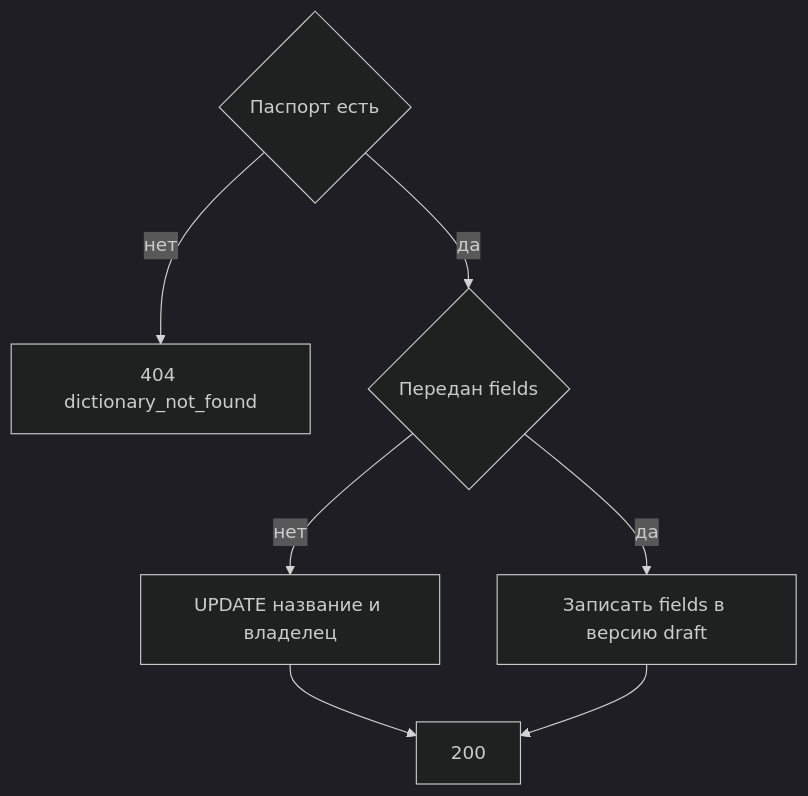
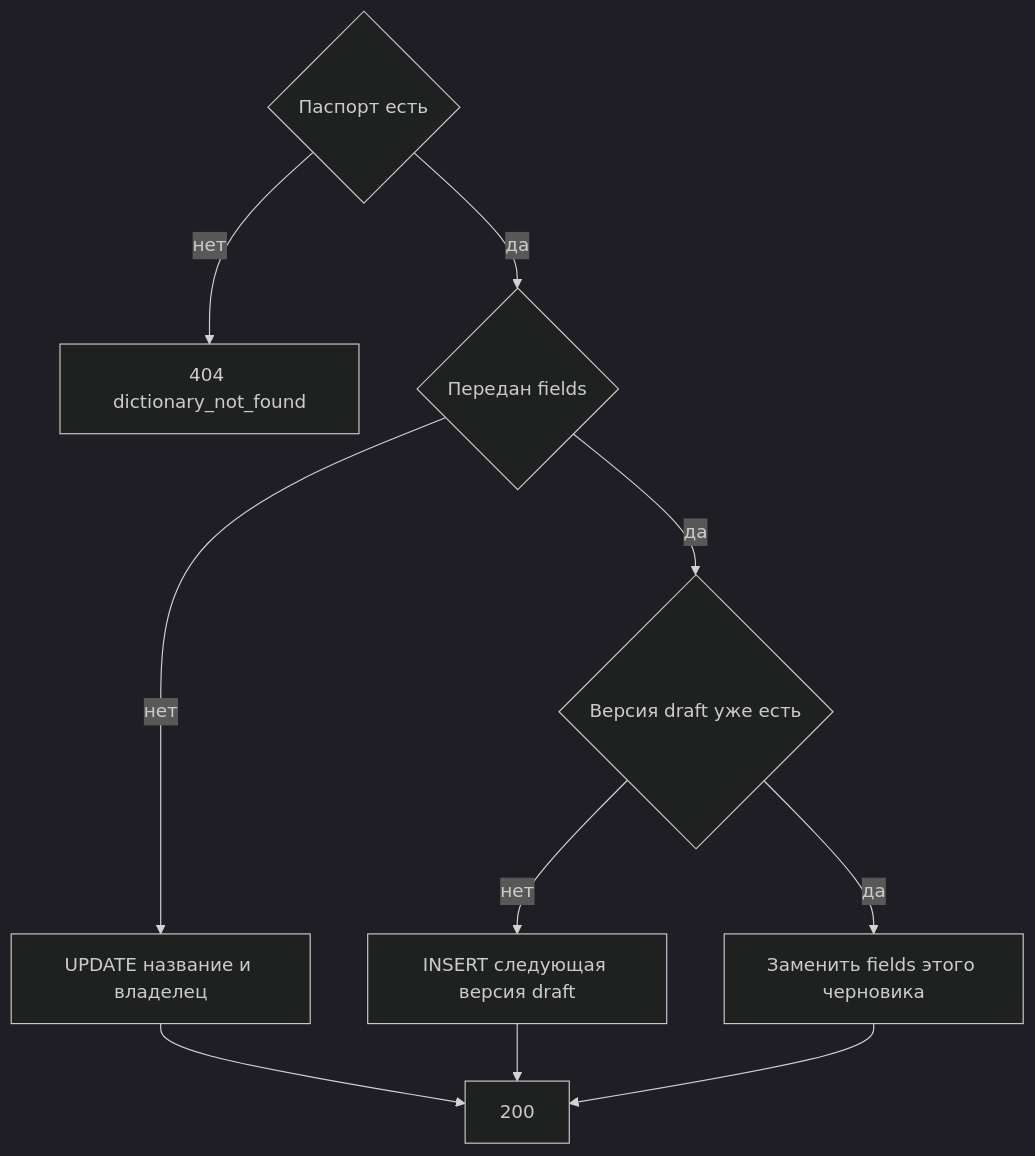
One commit to StrannikE95/reference_data changed the diagram in docs/1. functional/specification/v2 - 1 таблица/api/management.api/MetadataController/patch_dictionary.md. Above: the diagram before and after it, drawn with Mermaid (dark theme). The commit also changed other lines of this file and 3 other files, not shown here.

````diff
--- a/docs/1. functional/specification/v2 - 1 таблица/api/management.api/MetadataController/patch_dictionary.md
+++ b/docs/1. functional/specification/v2 - 1 таблица/api/management.api/MetadataController/patch_dictionary.md
@@ -93,9 +93,12 @@
 ```mermaid
 flowchart TD
   found{"Паспорт есть"} -->|нет| miss["404 dictionary_not_found"]
   found -->|да| cols{"Передан fields"}
   cols -->|нет| save["UPDATE название и владелец"]
-  cols -->|да| draft["Записать fields в версию draft"]
+  cols -->|да| has{"Версия draft уже есть"}
+  has -->|нет| create["INSERT следующая версия draft"]
+  has -->|да| replace["Заменить fields этого черновика"]
   save --> ok["200"]
-  draft --> ok
+  create --> ok
+  replace --> ok
 ```
````
